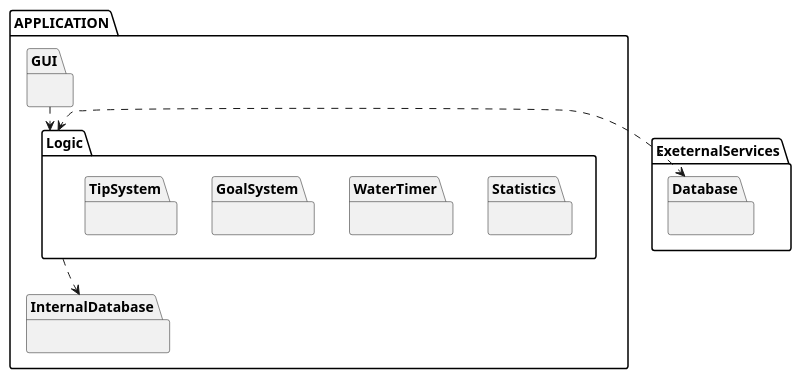
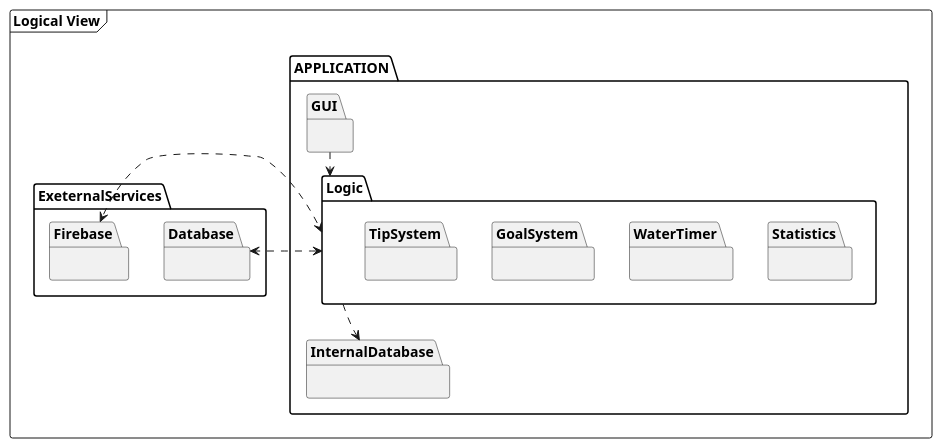
One commit to FEUP-LEIC-ES-2023-24/WaterXPTO changed the diagram in Docs/LogicDiagram.plantuml. Above: the diagram before and after it, drawn with PlantUML. The commit also changed 5 other files, not shown here.

Commit message:
Modifications to README, LogicalDiagram and adding PhysicalDiagram

```diff
--- a/Docs/LogicDiagram.plantuml
+++ b/Docs/LogicDiagram.plantuml
@@ -1,52 +1,58 @@
 @startuml
 
-package APPLICATION {
+frame "Logical View" {
+    package APPLICATION {
 
     package Logic {
         package Statistics {
 
         }
         
         package WaterTimer {
         
 
         }
 
         package GoalSystem {
 
         }
 
         package TipSystem {
             
         }
 
 
     }
 
     package GUI {
 
     }
 
 
     package InternalDatabase {
 
     }
 
 
 }
 
 package ExeternalServices {
+    
     package Database { 
         
     }
+    package Firebase {
+
+    }
+
 }
-
+}
 
 GUI .down.> Logic
 
-
 Logic <.right.> Database
+Logic <.right.> Firebase
 
 Logic .down.> InternalDatabase
 
 @enduml
```
